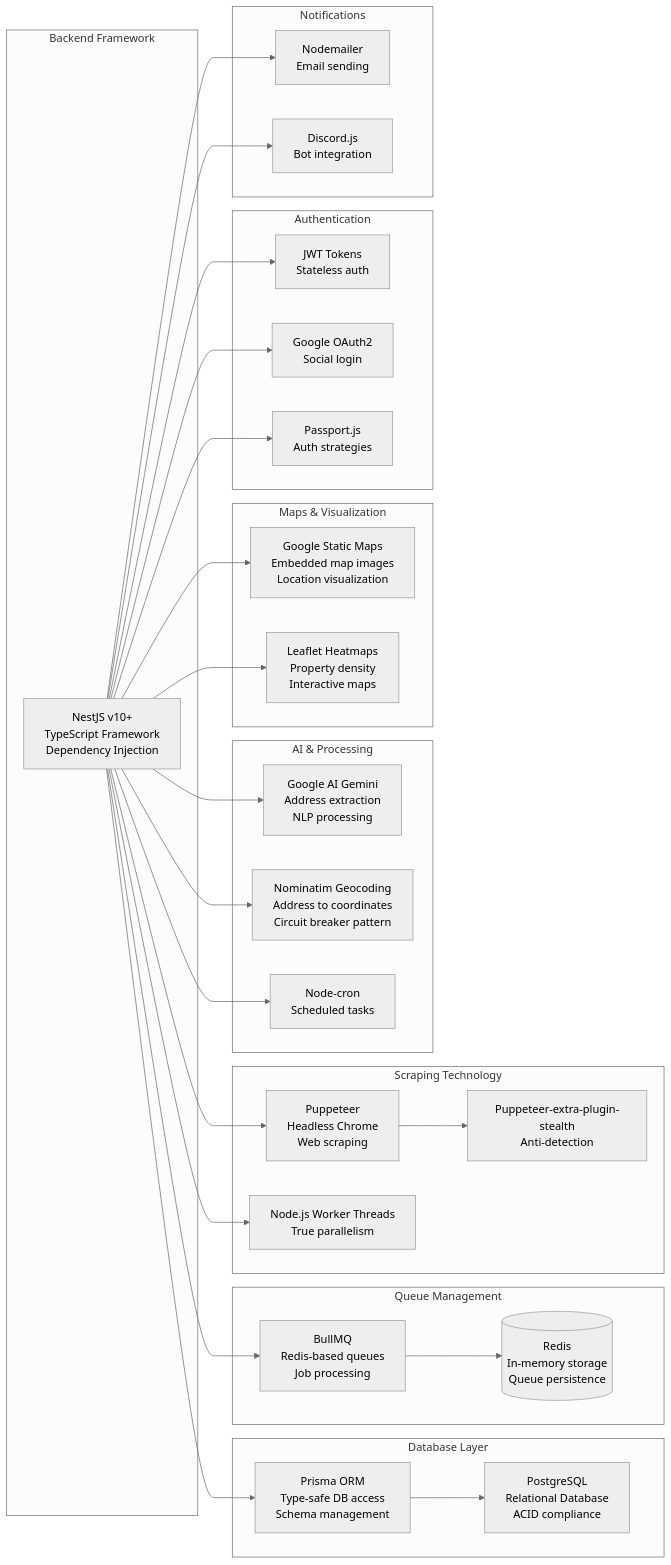
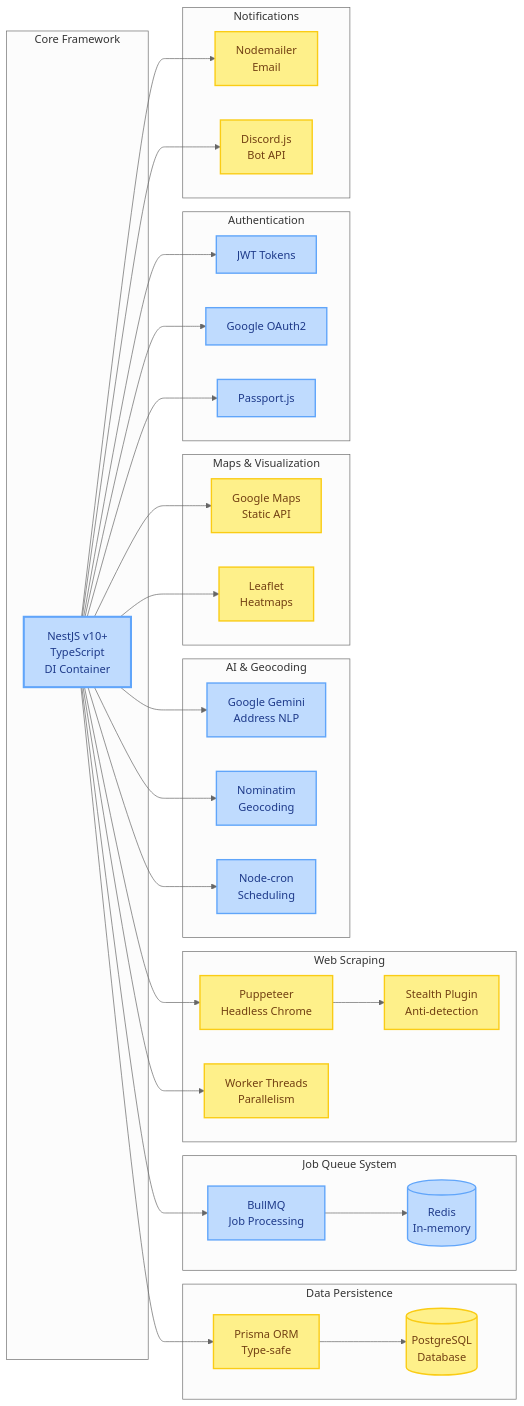
The third of 8 diagrams in README.md (Drake3001/Wakacyjne-Wyzwanie---backend-Mieszkaniownik), drawn with Mermaid (neutral theme) before and after one commit. The commit also changed other lines of this file and 2 other files, not shown here.

````diff
--- a/README.md
+++ b/README.md
@@ -144,62 +201,70 @@
 ```mermaid
 graph LR
-    subgraph "Backend Framework"
-        NEST[NestJS v10+<br/>TypeScript Framework<br/>Dependency Injection]
+    %% Styling
+    classDef coreClass fill:#bfdbfe,stroke:#60a5fa,stroke-width:3px,color:#1e3a8a
+    classDef dbClass fill:#fef08a,stroke:#facc15,stroke-width:2px,color:#713f12
+    classDef queueClass fill:#bfdbfe,stroke:#60a5fa,stroke-width:2px,color:#1e3a8a
+    classDef scrapeClass fill:#fef08a,stroke:#facc15,stroke-width:2px,color:#713f12
+    classDef aiClass fill:#bfdbfe,stroke:#60a5fa,stroke-width:2px,color:#1e3a8a
+    classDef mapClass fill:#fef08a,stroke:#facc15,stroke-width:2px,color:#713f12
+    classDef authClass fill:#bfdbfe,stroke:#60a5fa,stroke-width:2px,color:#1e3a8a
+    classDef notifClass fill:#fef08a,stroke:#facc15,stroke-width:2px,color:#713f12
+
+    subgraph CORE["Core Framework"]
+        NEST[NestJS v10+<br/>TypeScript<br/>DI Container]
     end
 
-    subgraph "Database Layer"
-        PRISMA[Prisma ORM<br/>Type-safe DB access<br/>Schema management]
-        PG[PostgreSQL<br/>Relational Database<br/>ACID compliance]
+    subgraph DB["Data Persistence"]
+        PRISMA[Prisma ORM<br/>Type-safe]
+        PG[(PostgreSQL<br/>Database)]
     end
 
-    subgraph "Queue Management"
-        BULLMQ[BullMQ<br/>Redis-based queues<br/>Job processing]
-        REDIS_DB[(Redis<br/>In-memory storage<br/>Queue persistence)]
+    subgraph QUEUE["Job Queue System"]
+        BULLMQ[BullMQ<br/>Job Processing]
+        REDIS[(Redis<br/>In-memory)]
     end
 
-    subgraph "Scraping Technology"
-        PUPPETEER[Puppeteer<br/>Headless Chrome<br/>Web scraping]
-        STEALTH[Puppeteer-extra-plugin-stealth<br/>Anti-detection]
-        WORKER[Node.js Worker Threads<br/>True parallelism]
+    subgraph SCRAPE["Web Scraping"]
+        PUPPETEER[Puppeteer<br/>Headless Chrome]
+        STEALTH[Stealth Plugin<br/>Anti-detection]
+        WORKER[Worker Threads<br/>Parallelism]
     end
 
-    subgraph "AI & Processing"
-        GOOGLE_AI[Google AI Gemini<br/>Address extraction<br/>NLP processing]
-        GEOCODING[Nominatim Geocoding<br/>Address to coordinates<br/>Circuit breaker pattern]
-        SCHEDULER[Node-cron<br/>Scheduled tasks]
+    subgraph AI["AI & Geocoding"]
+        GOOGLE_AI[Google Gemini<br/>Address NLP]
+        NOMINATIM[Nominatim<br/>Geocoding]
+        SCHEDULER[Node-cron<br/>Scheduling]
     end
 
-    subgraph "Maps & Visualization"
-        STATIC_MAPS[Google Static Maps<br/>Embedded map images<br/>Location visualization]
-        HEATMAP[Leaflet Heatmaps<br/>Property density<br/>Interactive maps]
+    subgraph MAPS["Maps & Visualization"]
+        GMAPS[Google Maps<br/>Static API]
+        HEATMAP[Leaflet<br/>Heatmaps]
     end
 
-    subgraph "Authentication"
-        JWT[JWT Tokens<br/>Stateless auth]
-        OAUTH[Google OAuth2<br/>Social login]
-        PASSPORT[Passport.js<br/>Auth strategies]
+    subgraph AUTH["Authentication"]
+        JWT[JWT Tokens]
+        OAUTH[Google OAuth2]
+        PASSPORT[Passport.js]
     end
 
-    subgraph "Notifications"
-        NODEMAILER[Nodemailer<br/>Email sending]
-        DISCORD_JS[Discord.js<br/>Bot integration]
+    subgraph NOTIF["Notifications"]
+        NODEMAILER[Nodemailer<br/>Email]
+        DISCORD[Discord.js<br/>Bot API]
     end
 
-    NEST --> PRISMA
+    %% Connections
+    NEST --> PRISMA & BULLMQ & PUPPETEER & WORKER & GOOGLE_AI & NOMINATIM & SCHEDULER & JWT & OAUTH & PASSPORT & NODEMAILER & DISCORD & GMAPS & HEATMAP
     PRISMA --> PG
-    NEST --> BULLMQ
-    BULLMQ --> REDIS_DB
-    NEST --> PUPPETEER
+    BULLMQ --> REDIS
     PUPPETEER --> STEALTH
-    NEST --> WORKER
-    NEST --> GOOGLE_AI
-    NEST --> GEOCODING
-    NEST --> SCHEDULER
-    NEST --> JWT
-    NEST --> OAUTH
-    NEST --> PASSPORT
-    NEST --> NODEMAILER
-    NEST --> DISCORD_JS
-    NEST --> STATIC_MAPS
-    NEST --> HEATMAP
+
+    %% Apply styles
+    class NEST coreClass
+    class PRISMA,PG dbClass
+    class BULLMQ,REDIS queueClass
+    class PUPPETEER,STEALTH,WORKER scrapeClass
+    class GOOGLE_AI,NOMINATIM,SCHEDULER aiClass
+    class GMAPS,HEATMAP mapClass
+    class JWT,OAUTH,PASSPORT authClass
+    class NODEMAILER,DISCORD notifClass
 ```
````
